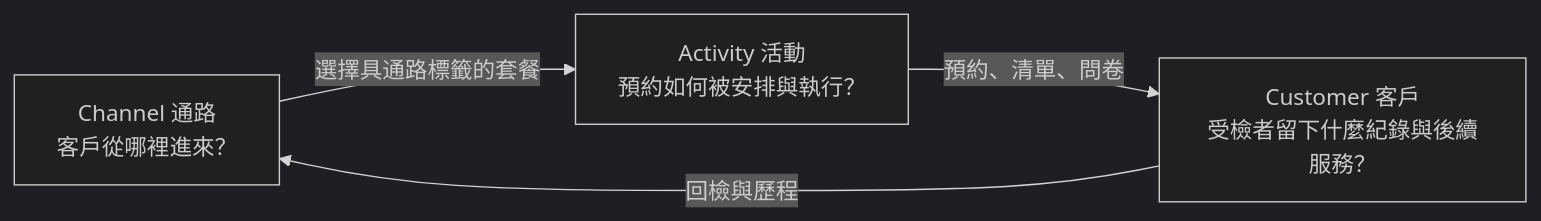
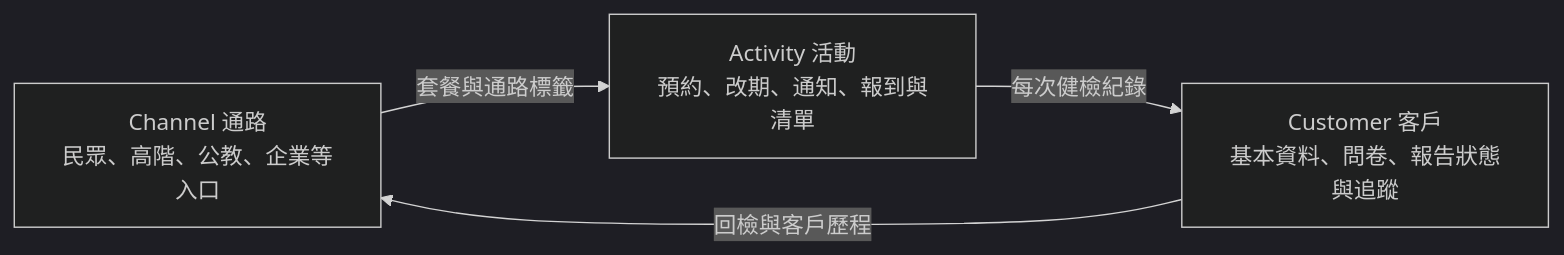
One commit to lhm0323-git/channel_activity_customer changed the first of 7 diagrams in docs/CAC_ARCHITECTURE.md. Above: the diagram before and after it, drawn with Mermaid (dark theme). The commit also changed other lines of this file and 14 other files, not shown here.

````diff
--- a/docs/CAC_ARCHITECTURE.md
+++ b/docs/CAC_ARCHITECTURE.md
@@ -7,10 +12,9 @@
 ```mermaid
 flowchart LR
-  Channel["Channel 通路\n客戶從哪裡進來？"]
-  Activity["Activity 活動\n預約如何被安排與執行？"]
-  Customer["Customer 客戶\n受檢者留下什麼紀錄與後續服務？"]
-
-  Channel -->|"選擇具通路標籤的套餐"| Activity
-  Activity -->|"預約、清單、問卷"| Customer
-  Customer -->|"回檢與歷程"| Channel
+  C["Channel 通路<br/>民眾、高階、公教、企業等入口"]
+  A["Activity 活動<br/>預約、改期、通知、報到與清單"]
+  U["Customer 客戶<br/>基本資料、問卷、報告狀態與追蹤"]
+  C -->|"套餐與通路標籤"| A
+  A -->|"每次健檢紀錄"| U
+  U -->|"回檢與客戶歷程"| C
 ```
````
